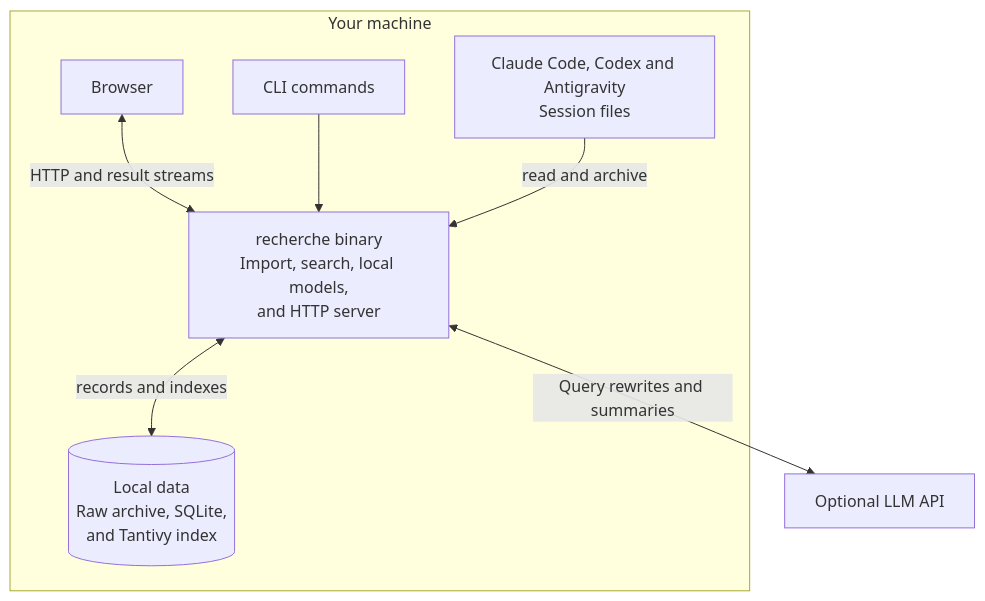
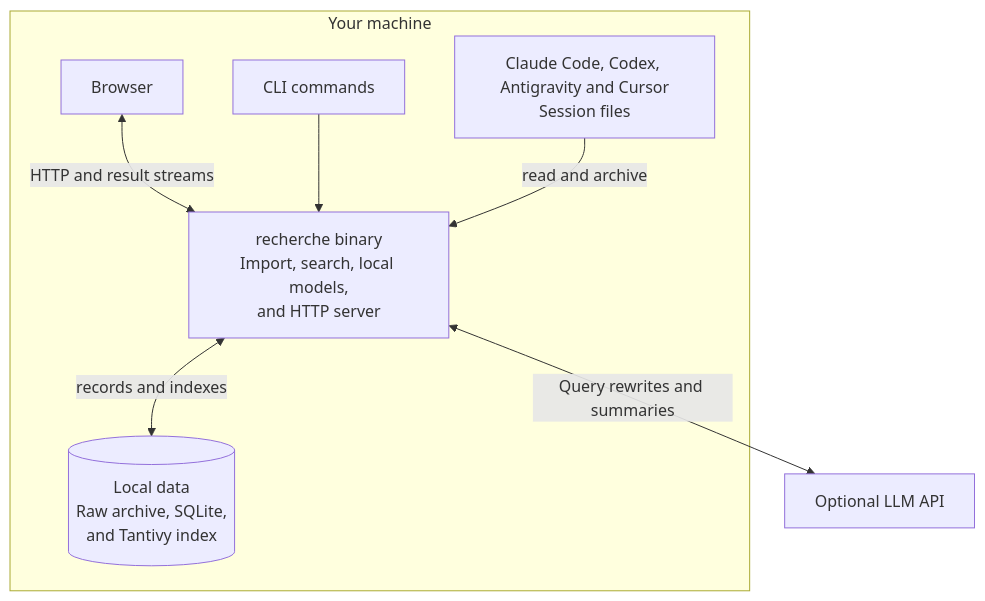
Before and after one commit to manojkarthick/recherche: the first of 2 diagrams in docs/architecture.md, drawn with Mermaid. The commit also changed other lines of this file and 28 other files, not shown here.

````diff
--- a/docs/architecture.md
+++ b/docs/architecture.md
@@ -17,18 +17,18 @@
 ```mermaid
 flowchart TB
     subgraph machine["Your machine"]
         browser["Browser"]
-        sources["Claude Code, Codex and Antigravity<br/>Session files"]
+        sources["Claude Code, Codex, Antigravity and Cursor<br/>Session files"]
         cli["CLI commands"]
         app["recherche binary<br/>Import, search, local models,<br/>and HTTP server"]
         data[("Local data<br/>Raw archive, SQLite,<br/>and Tantivy index")]
 
         browser <-->|"HTTP and result streams"| app
         cli --> app
         sources -->|"read and archive"| app
         app <-->|"records and indexes"| data
     end
 
     api["Optional LLM API"]
     app <-->|"Query rewrites and summaries"| api
 ```
````
